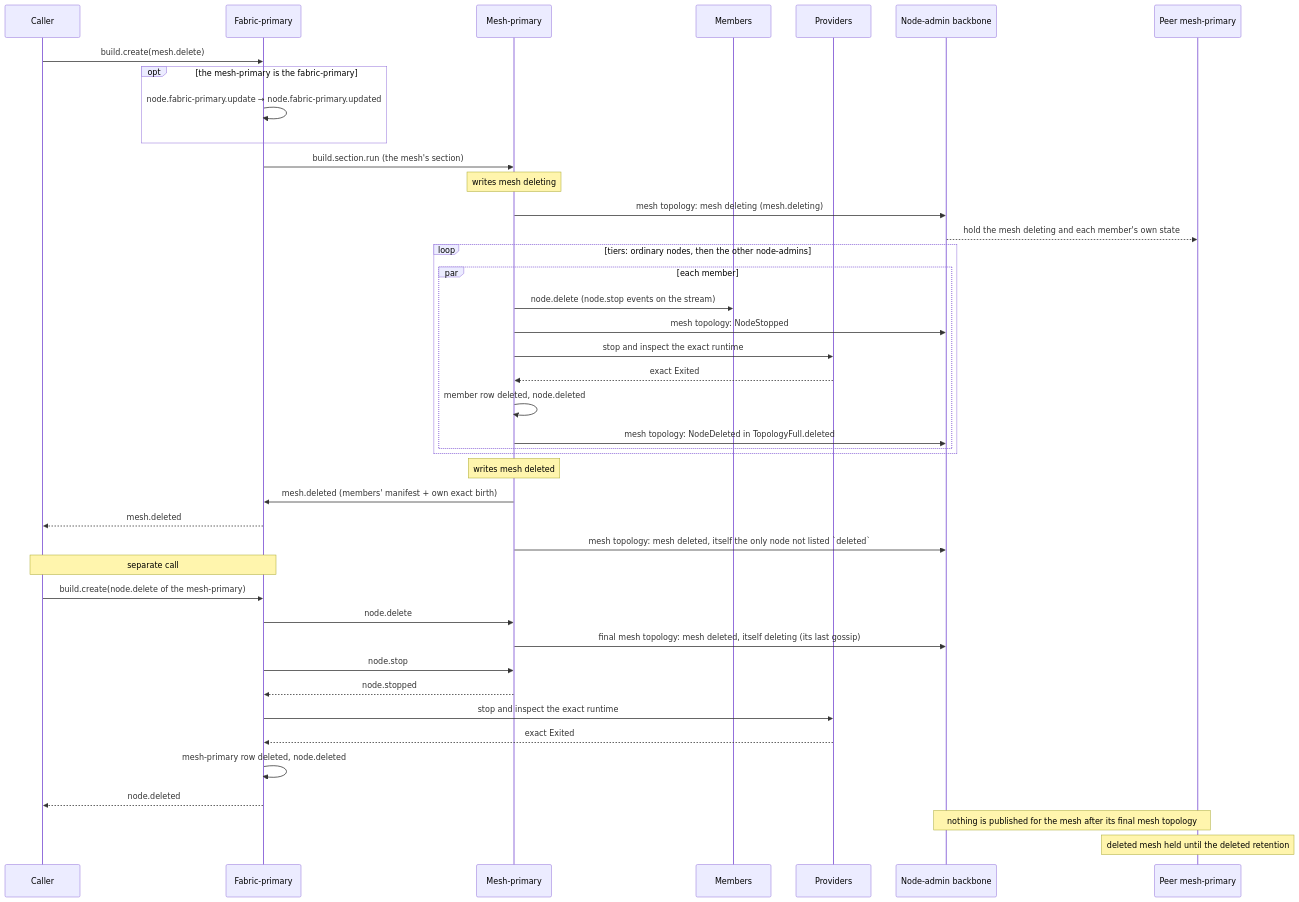
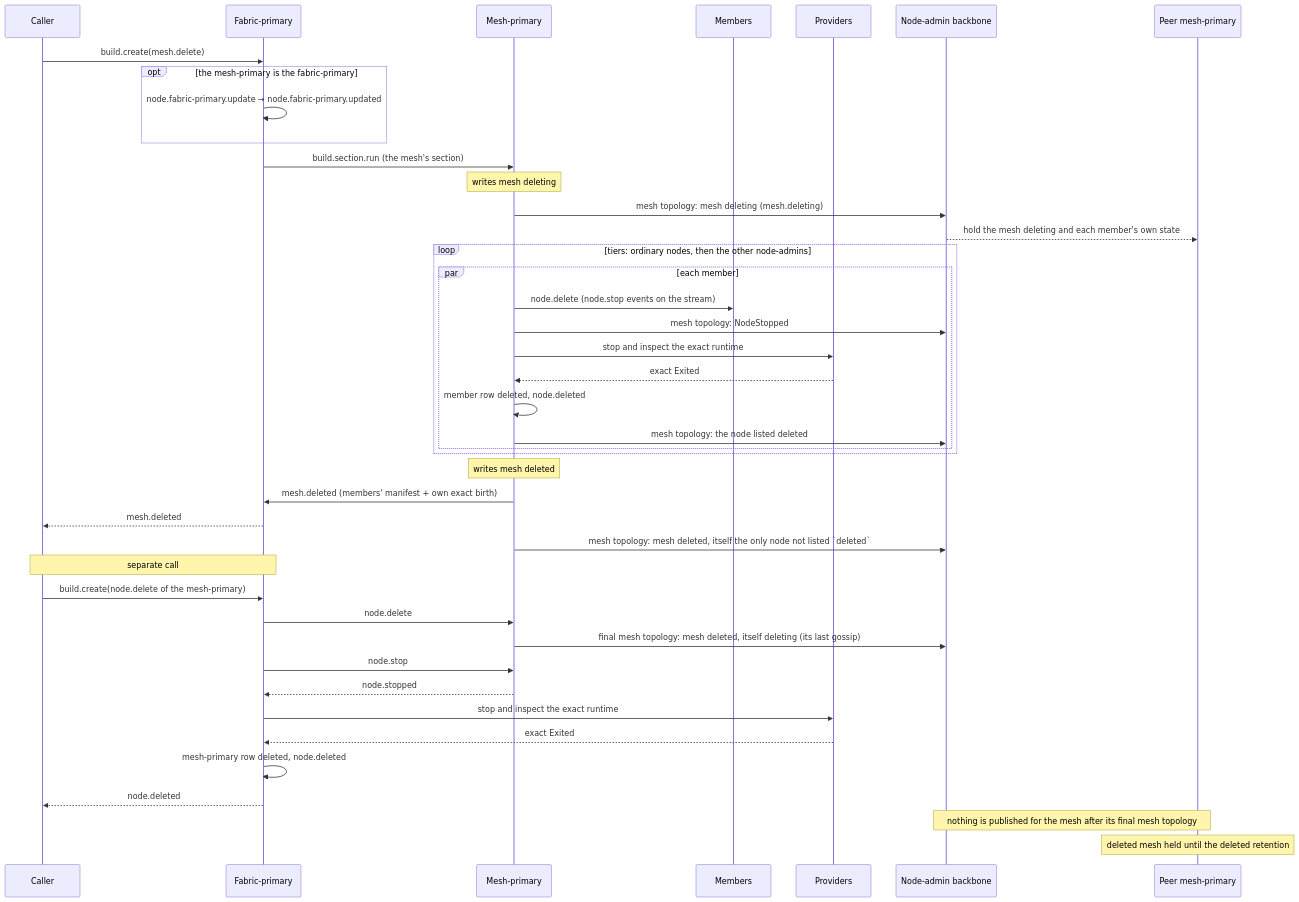
Before and after one commit to drlukeangel/rust-distributed-mesh: the diagram in docs/architecture/lifecycles/mesh-delete.md, drawn with Mermaid. The commit also changed 5 other files, not shown here.

First line of the commit message:
docs(#341): the pages name a deletion and an open removal by the node's status in its mesh's aggregate; the topology read's reply as the code is

````diff
--- a/docs/architecture/lifecycles/mesh-delete.md
+++ b/docs/architecture/lifecycles/mesh-delete.md
@@ -193,44 +193,44 @@
 ```mermaid
 sequenceDiagram
     participant C as Caller
     participant F as Fabric-primary
     participant M as Mesh-primary
     participant N as Members
     participant P as Providers
     participant B as Node-admin backbone
     participant R as Peer mesh-primary
     C->>F: build.create(mesh.delete)
     opt the mesh-primary is the fabric-primary
         F->>F: node.fabric-primary.update → node.fabric-primary.updated
     end
     F->>M: build.section.run (the mesh's section)
     Note over M: writes mesh deleting
     M->>B: mesh topology: mesh deleting (mesh.deleting)
     B-->>R: hold the mesh deleting and each member's own state
     loop tiers: ordinary nodes, then the other node-admins
         par each member
             M->>N: node.delete (node.stop events on the stream)
             M->>B: mesh topology: NodeStopped
             M->>P: stop and inspect the exact runtime
             P-->>M: exact Exited
             M->>M: member row deleted, node.deleted
-            M->>B: mesh topology: NodeDeleted in TopologyFull.deleted
+            M->>B: mesh topology: the node listed deleted
         end
     end
     Note over M: writes mesh deleted
     M->>F: mesh.deleted (members' manifest + own exact birth)
     F-->>C: mesh.deleted
     M->>B: mesh topology: mesh deleted, itself the only node not listed `deleted`
     Note over C,F: separate call
     C->>F: build.create(node.delete of the mesh-primary)
     F->>M: node.delete
     M->>B: final mesh topology: mesh deleted, itself deleting (its last gossip)
     F->>M: node.stop
     M-->>F: node.stopped
     F->>P: stop and inspect the exact runtime
     P-->>F: exact Exited
     F->>F: mesh-primary row deleted, node.deleted
     F-->>C: node.deleted
     Note over B,R: nothing is published for the mesh after its final mesh topology
     Note over R: deleted mesh held until the deleted retention
 ```
````
